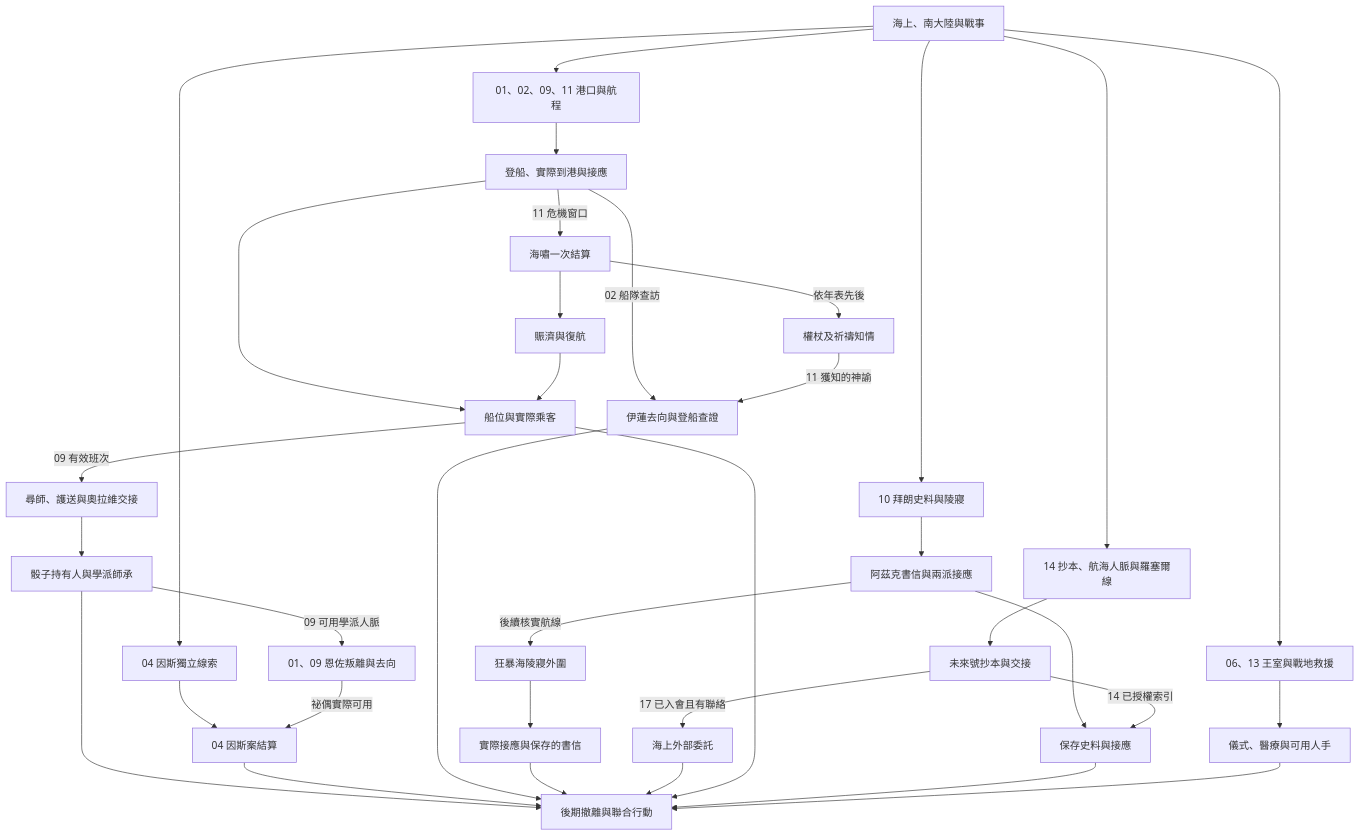
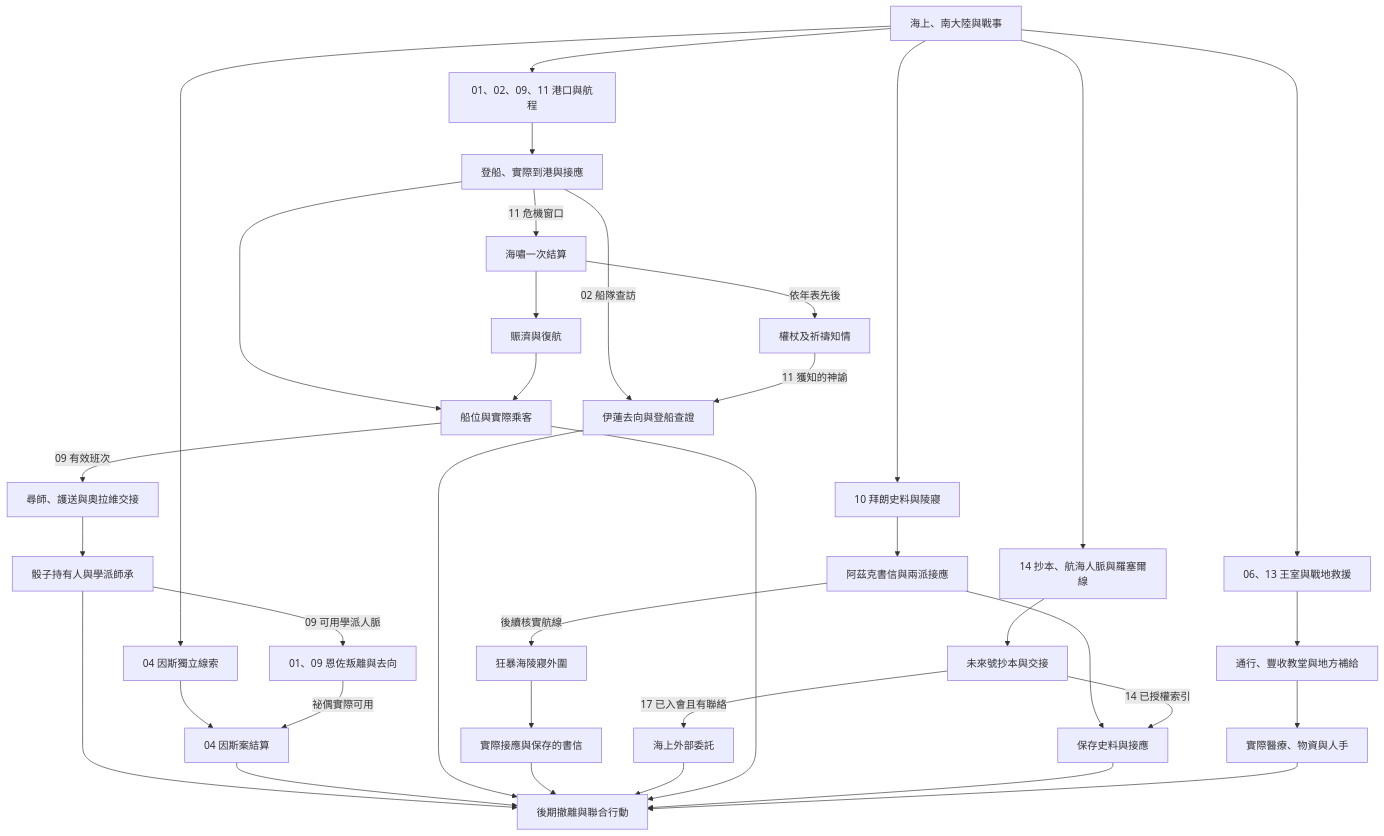
One commit to dragon961204-cmd/- changed the fifth of 7 diagrams in game/events/part_one_story_tree.md. Above: the diagram before and after it, drawn with Mermaid. The commit also changed other lines of this file, not shown here.

Commit message:
第二十一批戰時通行與豐收教堂 part_one_story_tree.md

````diff
--- a/game/events/part_one_story_tree.md
+++ b/game/events/part_one_story_tree.md
@@ -93,37 +93,38 @@
 ```mermaid
 flowchart TD
     A["海上、南大陸與戰事"] --> B["01、02、09、11 港口與航程"]
     A --> C["10 拜朗史料與陵寢"]
     A --> D["14 抄本、航海人脈與羅塞爾線"]
     A --> E["06、13 王室與戰地救援"]
     B --> J["登船、實際到港與接應"]
     J --> F["船位與實際乘客"]
     F -->|"09 有效班次"| O["尋師、護送與奧拉維交接"]
     O --> P["骰子持有人與學派師承"]
     P --> I
     P -->|"09 可用學派人脈"| U["01、09 恩佐叛離與去向"]
     A --> W["04 因斯獨立線索"]
     W --> V["04 因斯案結算"]
     U -->|"祕偶實際可用"| V
     V --> I
     J -->|"02 船隊查訪"| N["伊蓮去向與登船查證"]
     J -->|"11 危機窗口"| K["海嘯一次結算"]
     K --> L["賑濟與復航"]
     K -->|"依年表先後"| M["權杖及祈禱知情"]
     L --> F
     M -->|"11 獲知的神諭"| N
     N --> I
     C --> S["阿茲克書信與兩派接應"]
     S --> G["保存史料與接應"]
     S -->|"後續核實航線"| T["狂暴海陵寢外圍"]
     T --> X["實際接應與保存的書信"]
     X --> I
     D --> Q["未來號抄本與交接"]
     Q -->|"14 已授權索引"| G
     Q -->|"17 已入會且有聯絡"| R["海上外部委託"]
     R --> I
-    E --> H["儀式、醫療與可用人手"]
+    E --> Y["通行、豐收教堂與地方補給"]
+    Y --> H["實際醫療、物資與人手"]
     F --> I["後期撤離與聯合行動"]
     G --> I
     H --> I
 ```
````
